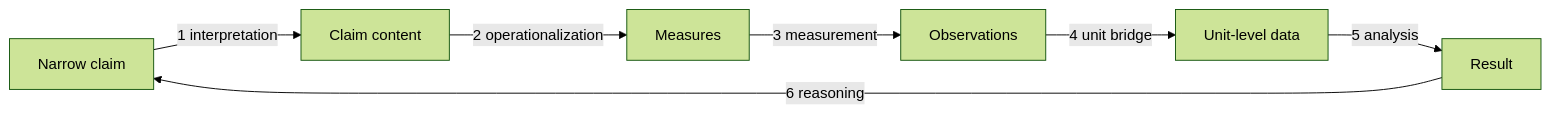
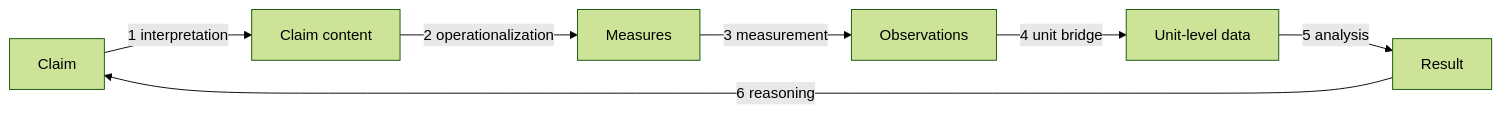
Before and after one commit to se-uhd/cea-skill: the diagram in skills/extract-claims/references/framework.md, drawn with Mermaid (forest theme). The commit also changed other lines of this file and 11 other files, not shown here.

````diff
--- a/skills/extract-claims/references/framework.md
+++ b/skills/extract-claims/references/framework.md
@@ -152,9 +156,9 @@
 ```mermaid
 flowchart LR
-    C[Narrow claim] -->|1 interpretation| K[Claim content]
+    C[Claim] -->|1 interpretation| K[Claim content]
     K -->|2 operationalization| M[Measures]
     M -->|3 measurement| O[Observations]
     O -->|4 unit bridge| U[Unit-level data]
     U -->|5 analysis| R[Result]
     R -->|6 reasoning| C
 ```
````
